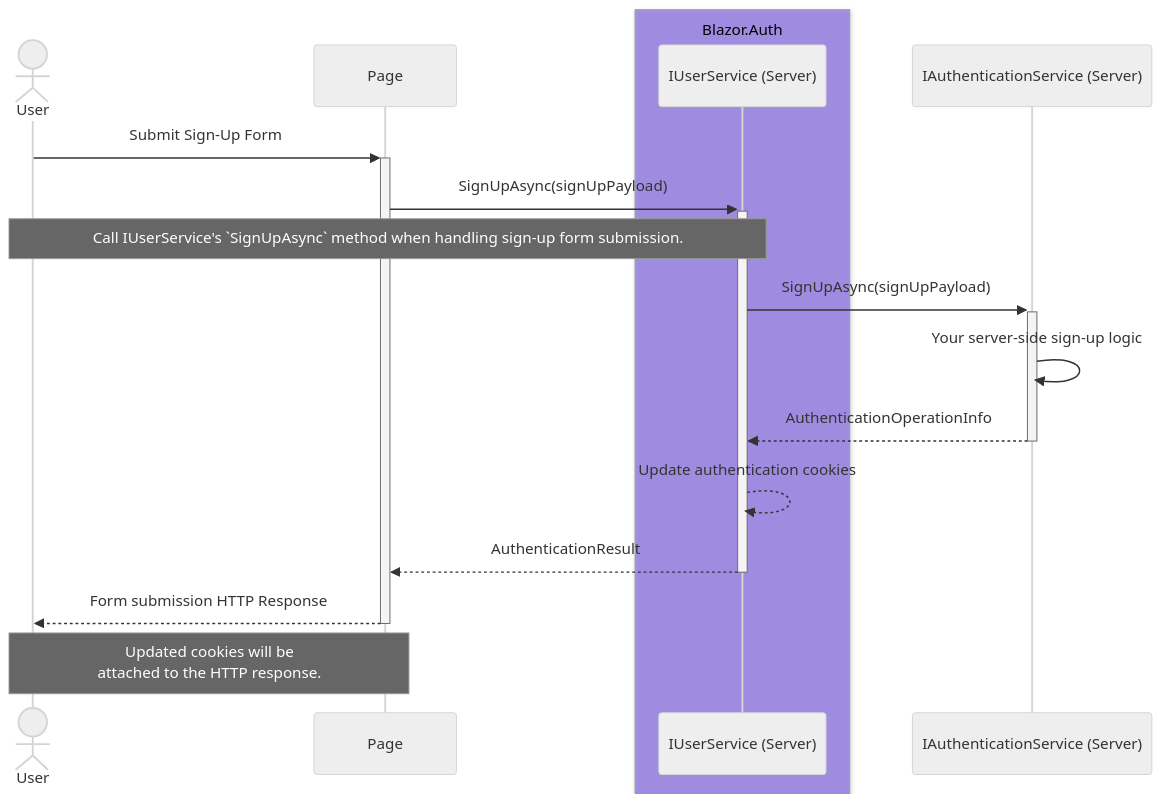
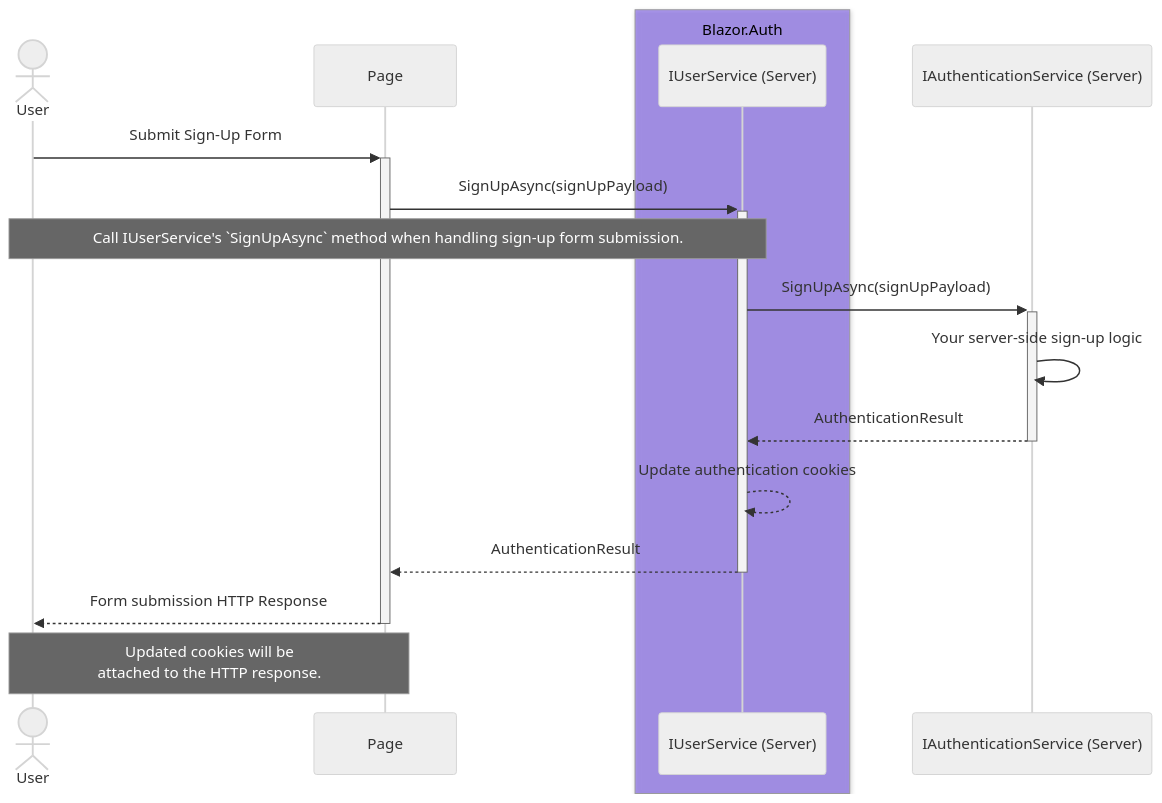
One commit to BitzArt/Blazor.Auth changed the third of 3 diagrams in docs/src/04.use-cases/01.static-ssr.md. Above: the diagram before and after it, drawn with Mermaid (neutral theme).

Commit message:
Fix wrong class mention in static sign-up seq diagram

````diff
--- a/docs/src/04.use-cases/01.static-ssr.md
+++ b/docs/src/04.use-cases/01.static-ssr.md
@@ -67,27 +67,27 @@
 ```mermaid
 sequenceDiagram
 
 actor user as User
 participant page as Page
 
 box rgba(101, 63, 232, 0.5) Blazor.Auth
 participant userService as IUserService (Server)
 end
 participant authService as IAuthenticationService (Server)
 
 user ->>+ page: Submit Sign-Up Form
 
 page ->>+ userService: SignUpAsync(signUpPayload)
 note over user,userService: Call IUserService's `SignUpAsync` method when handling sign-up form submission.
 
 userService ->>+ authService: SignUpAsync(signUpPayload)
 authService ->> authService: Your server-side sign-up logic
 
-authService -->>- userService: AuthenticationOperationInfo
+authService -->>- userService: AuthenticationResult
 
 userService -->> userService: Update authentication cookies
 userService -->>- page: AuthenticationResult
 
 page -->>- user:  Form submission HTTP Response
 note over user,page: Updated cookies will be<br/>attached to the HTTP response.
 ```
````
